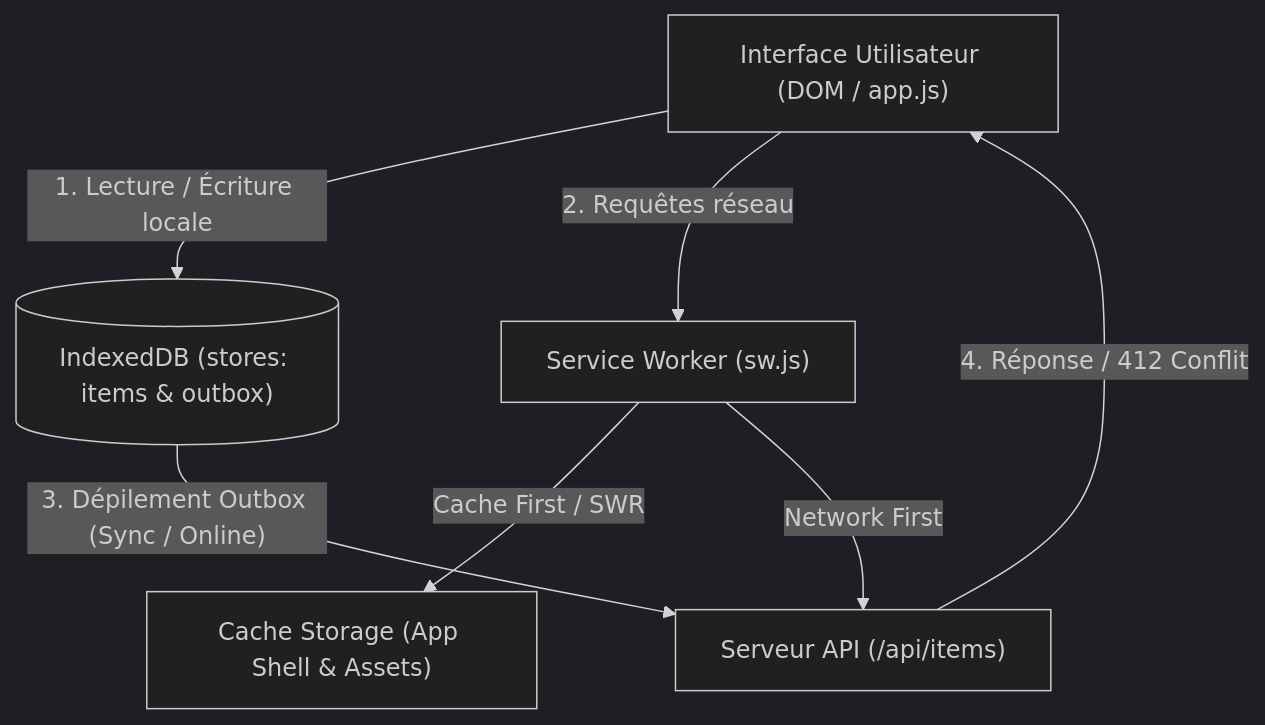
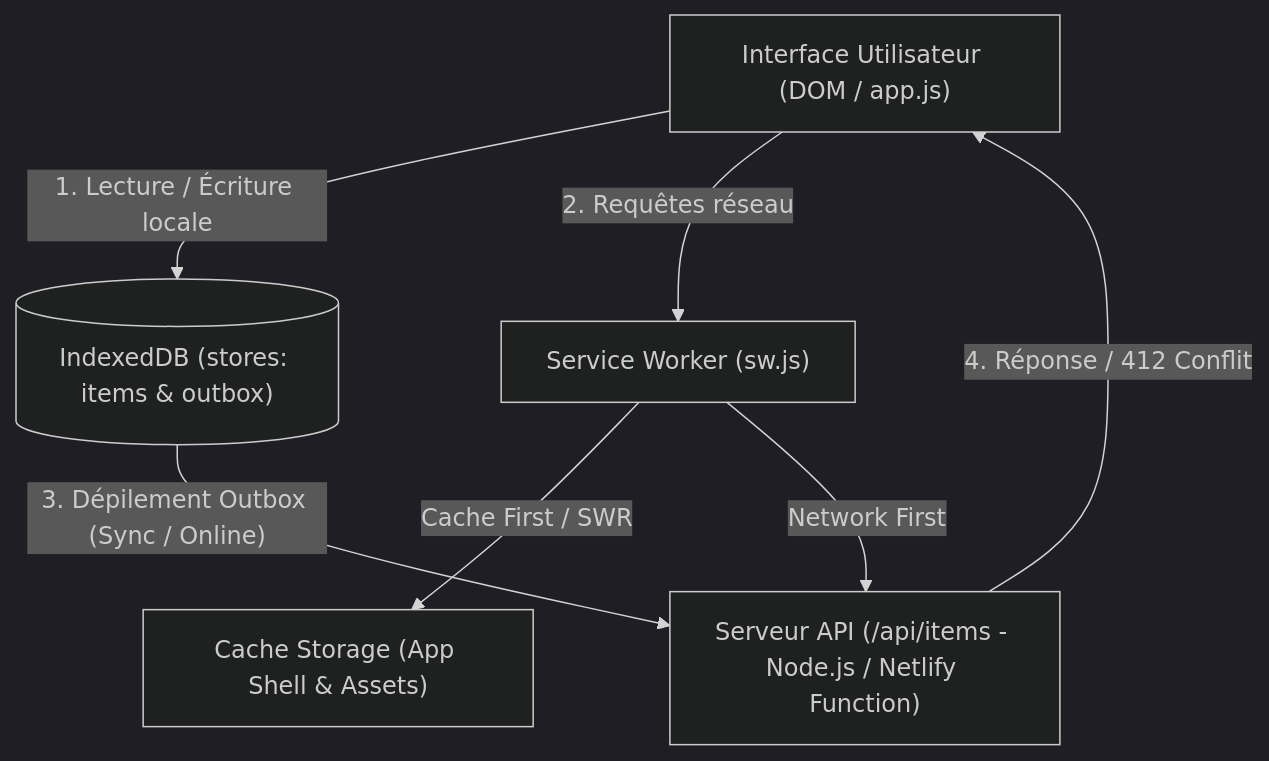
Before and after one commit to gwenolelt/pwa-campus-objets-trouves: the diagram in DOC-TECHNIQUE.md, drawn with Mermaid (dark theme). The commit also changed other lines of this file, not shown here.

Commit message:
docs: sync DOC-TECHNIQUE.md with cache v4, Netlify function architecture and live measurements

````diff
--- a/DOC-TECHNIQUE.md
+++ b/DOC-TECHNIQUE.md
@@ -44,15 +44,15 @@
 ```mermaid
 flowchart TD
     User["Interface Utilisateur (DOM / app.js)"]
     SW["Service Worker (sw.js)"]
     Cache["Cache Storage (App Shell & Assets)"]
     IDB[("IndexedDB (stores: items & outbox)")]
-    API["Serveur API (/api/items)"]
+    API["Serveur API (/api/items - Node.js / Netlify Function)"]
 
     User -->|"1. Lecture / Écriture locale"| IDB
     User -->|"2. Requêtes réseau"| SW
     SW -->|"Cache First / SWR"| Cache
     SW -->|"Network First"| API
     IDB -->|"3. Dépilement Outbox (Sync / Online)"| API
     API -->|"4. Réponse / 412 Conflit"| User
 ```
````
